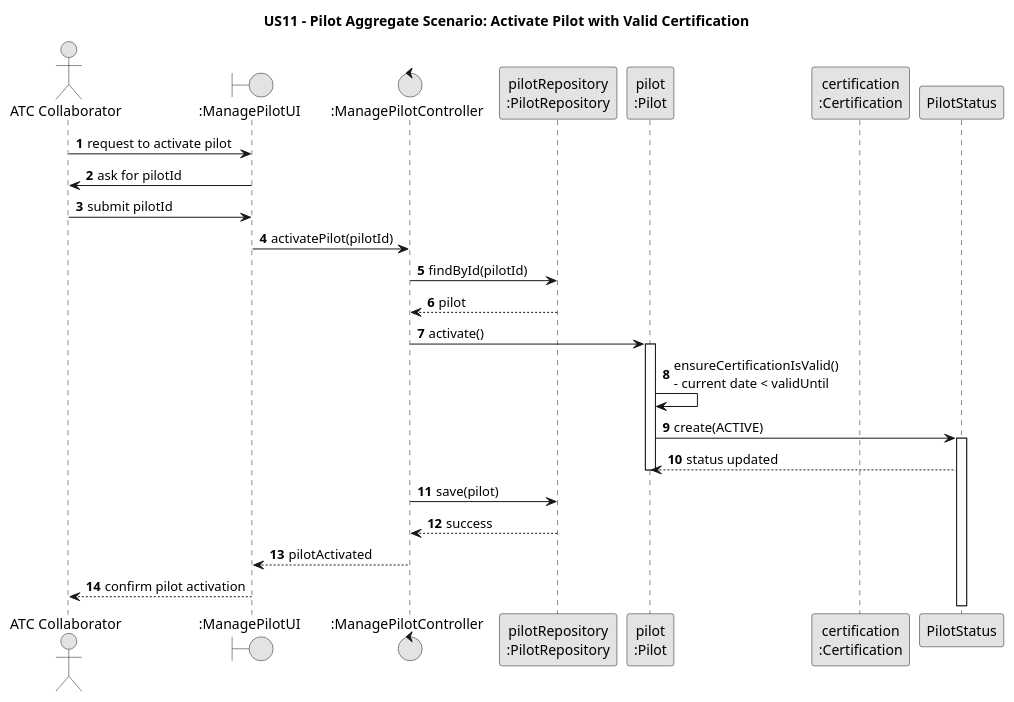
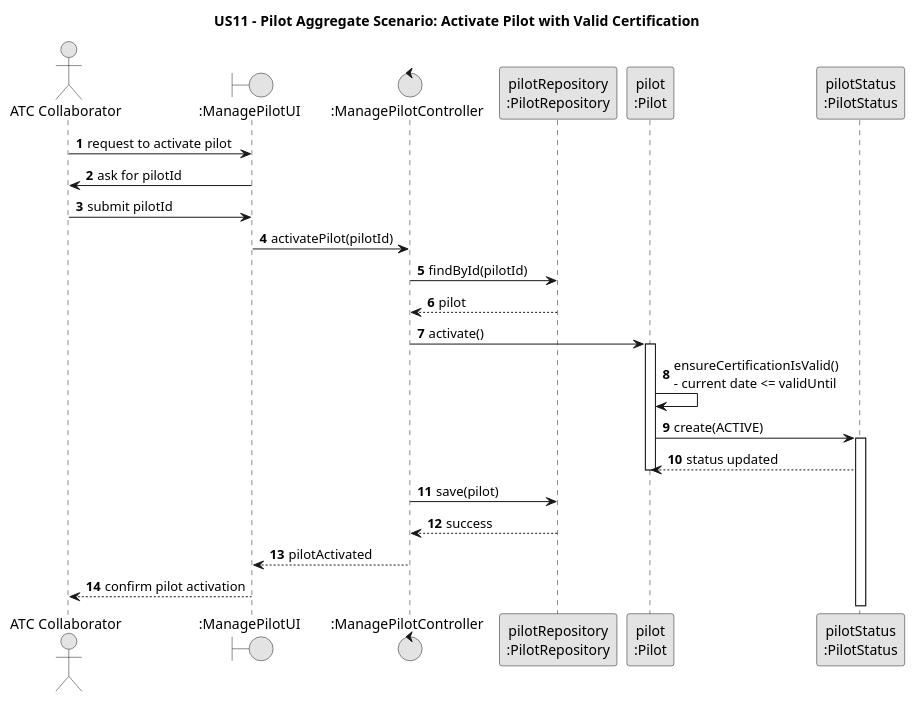
One commit to GustavoFerreira24/flight-management-platform changed the diagram in docs/global-artifacts/03.design/puml/PilotAggregate-SD.puml. Above: the diagram before and after it, drawn with PlantUML. The commit also changed 5 other files, not shown here.

```diff
--- a/docs/global-artifacts/03.design/puml/PilotAggregate-SD.puml
+++ b/docs/global-artifacts/03.design/puml/PilotAggregate-SD.puml
@@ -1,42 +1,42 @@
 @startuml
 title US11 - Pilot Aggregate Scenario: Activate Pilot with Valid Certification
 
 skinparam monochrome true
 skinparam packageStyle rectangle
 skinparam shadowing false
 
 autonumber
 
 actor "ATC Collaborator" as ATC
 boundary ":ManagePilotUI" as UI
 control ":ManagePilotController" as C
 participant "pilotRepository\n:PilotRepository" as PilotRepo
 participant "pilot\n:Pilot" as Pilot
-participant "certification\n:Certification" as Certification
+participant "pilotStatus\n:PilotStatus" as PilotStatus
 
 ATC -> UI : request to activate pilot
 UI -> ATC : ask for pilotId
 
 ATC -> UI : submit pilotId
 UI -> C : activatePilot(pilotId)
 
 C -> PilotRepo : findById(pilotId)
 PilotRepo --> C : pilot
 
 C -> Pilot : activate()
 
 activate Pilot
 
-Pilot -> Pilot : ensureCertificationIsValid()\n- current date < validUntil
+Pilot -> Pilot : ensureCertificationIsValid()\n- current date <= validUntil
 Pilot -> PilotStatus ++ : create(ACTIVE)
 PilotStatus --> Pilot : status updated
 
 deactivate Pilot
 
 C -> PilotRepo : save(pilot)
 PilotRepo --> C : success
 
 C --> UI : pilotActivated
 UI --> ATC : confirm pilot activation
 
 @enduml
```
